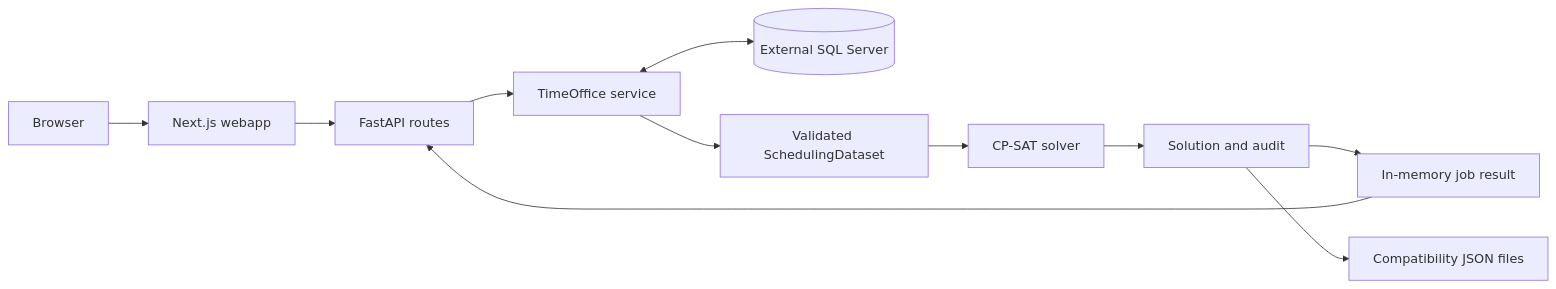
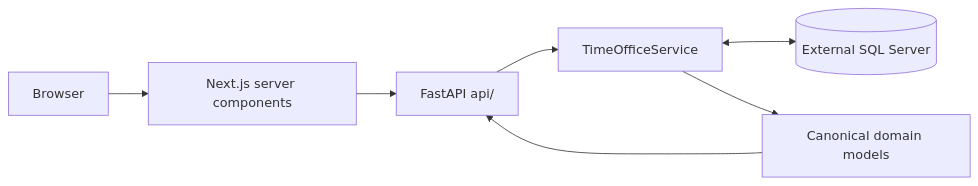
One commit to CombiRWTH/StaffScheduling changed the diagram in docs/source/architecture/index.md. Above: the diagram before and after it, drawn with Mermaid. The commit also changed other lines of this file and 68 other files, not shown here.

First line of the commit message:
refactor(api): reduce API to planning reads behind a TimeOffice facade

````diff
--- a/docs/source/architecture/index.md
+++ b/docs/source/architecture/index.md
@@ -53,13 +50,9 @@
 ```mermaid
 flowchart LR
-    Browser[Browser] --> Webapp[Next.js webapp]
-    Webapp --> API[FastAPI routes]
-    API --> Adapter[TimeOffice service]
+    Browser[Browser] --> Webapp[Next.js server components]
+    Webapp --> API[FastAPI api/]
+    API --> Adapter[TimeOfficeService]
     Adapter <--> SQL[(External SQL Server)]
-    Adapter --> Dataset[Validated SchedulingDataset]
-    Dataset --> Solver[CP-SAT solver]
-    Solver --> Result[Solution and audit]
-    Result --> Jobs[In-memory job result]
-    Jobs --> API
-    Result --> Export[Compatibility JSON files]
+    Adapter --> Domain[Canonical domain models]
+    Domain --> API
 ```
````
